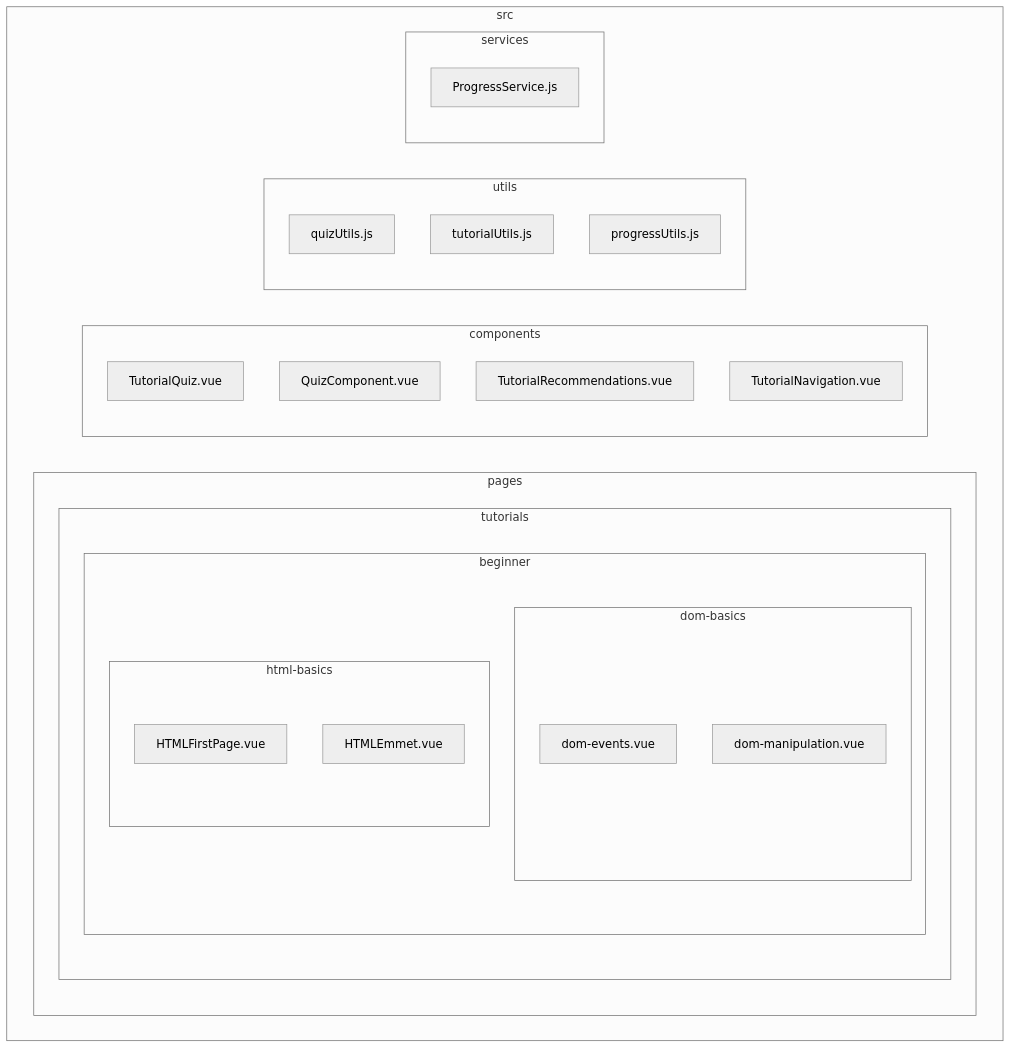
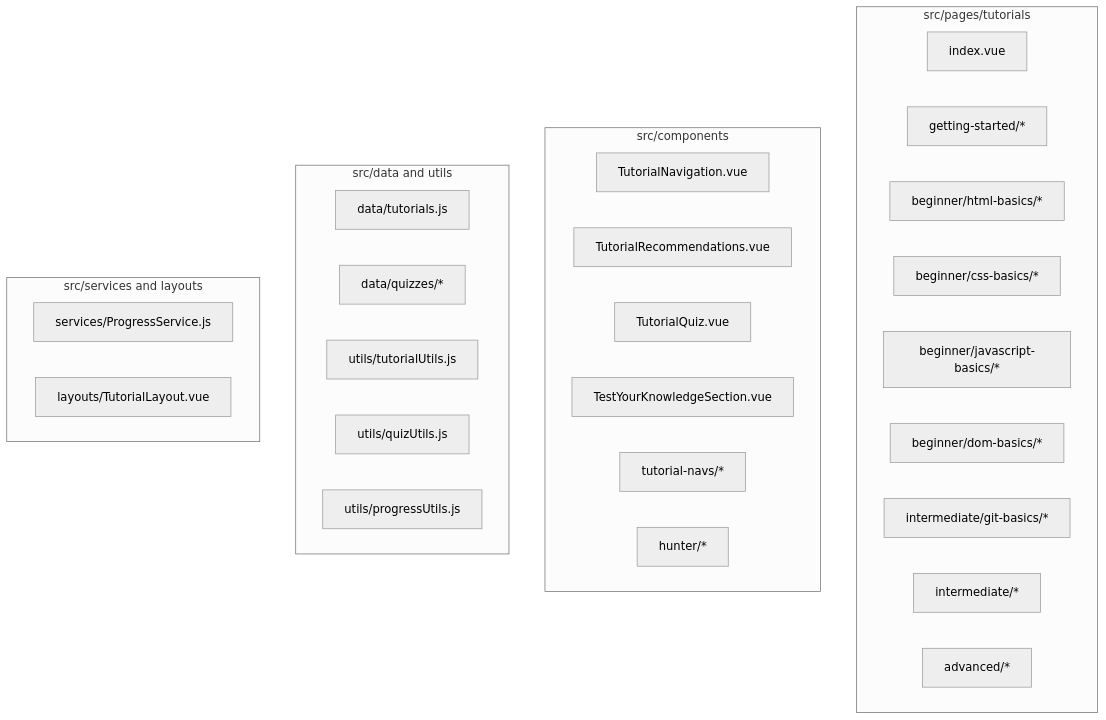
One commit to hlnb/ge-tutorial-platform changed the fifth of 5 diagrams in docs/TUTORIAL_SITE_DIAGRAM.md. Above: the diagram before and after it, drawn with Mermaid (neutral theme). The commit also changed other lines of this file and 16 other files, not shown here.

````diff
--- a/docs/TUTORIAL_SITE_DIAGRAM.md
+++ b/docs/TUTORIAL_SITE_DIAGRAM.md
@@ -139,36 +106,36 @@
 ```mermaid
 graph TD
-    subgraph src
-        subgraph pages
-            subgraph tutorials
-                subgraph beginner
-                    subgraph dom-basics
-                        DE[dom-events.vue]
-                        DM[dom-manipulation.vue]
-                    end
-                    subgraph html-basics
-                        HF[HTMLFirstPage.vue]
-                        HE[HTMLEmmet.vue]
-                    end
-                end
-            end
-        end
-        
-        subgraph components
-            TQ[TutorialQuiz.vue]
-            QC[QuizComponent.vue]
-            TR[TutorialRecommendations.vue]
-            TN[TutorialNavigation.vue]
-        end
-        
-        subgraph utils
-            QU[quizUtils.js]
-            TU[tutorialUtils.js]
-            PU[progressUtils.js]
-        end
-        
-        subgraph services
-            PS[ProgressService.js]
-        end
+    subgraph "src/pages/tutorials"
+        TutorialsIndex["index.vue"]
+        GettingStarted["getting-started/*"]
+        BeginnerHTML["beginner/html-basics/*"]
+        BeginnerCSS["beginner/css-basics/*"]
+        BeginnerJS["beginner/javascript-basics/*"]
+        BeginnerDOM["beginner/dom-basics/*"]
+        IntermediateGit["intermediate/git-basics/*"]
+        IntermediateBuilder["intermediate/*"]
+        AdvancedPages["advanced/*"]
+    end
+
+    subgraph "src/components"
+        TutorialNavigation["TutorialNavigation.vue"]
+        TutorialRecommendations["TutorialRecommendations.vue"]
+        TutorialQuiz["TutorialQuiz.vue"]
+        TestYourKnowledge["TestYourKnowledgeSection.vue"]
+        TutorialNavs["tutorial-navs/*"]
+        Hunter["hunter/*"]
+    end
+
+    subgraph "src/data and utils"
+        TutorialsData["data/tutorials.js"]
+        QuizData["data/quizzes/*"]
+        TutorialUtils["utils/tutorialUtils.js"]
+        QuizUtils["utils/quizUtils.js"]
+        ProgressUtils["utils/progressUtils.js"]
+    end
+
+    subgraph "src/services and layouts"
+        ProgressService["services/ProgressService.js"]
+        TutorialLayout["layouts/TutorialLayout.vue"]
     end
 ```
````
